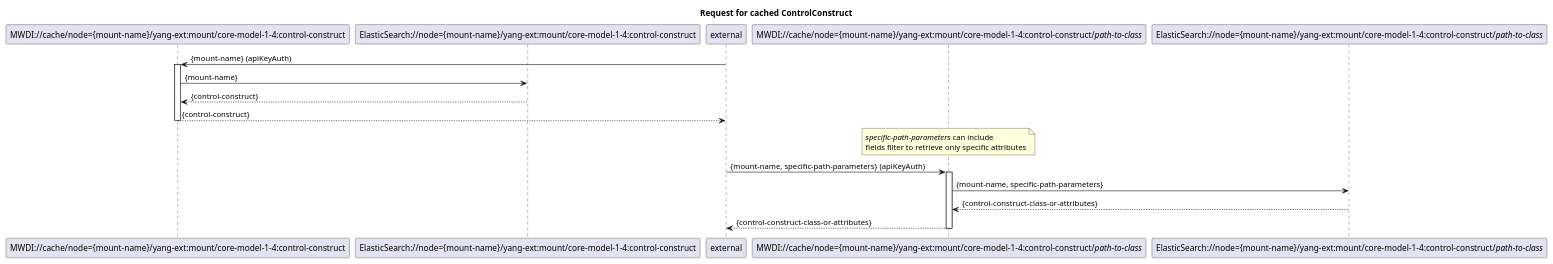
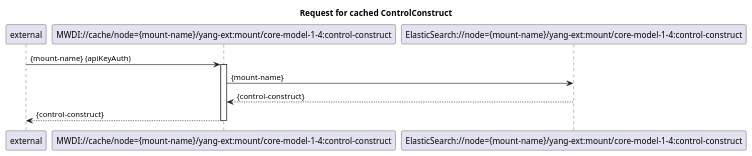
One commit to openBackhaul/MicroWaveDeviceInventory changed the diagram in spec/diagrams/200_CacheControlConstruct.plantuml. Above: the diagram before and after it, drawn with PlantUML.

Commit message:
[Code] Correct 200_diagram Fixes #294

```diff
--- a/spec/diagrams/200_CacheControlConstruct.plantuml
+++ b/spec/diagrams/200_CacheControlConstruct.plantuml
@@ -1,35 +1,19 @@
 @startuml 200_CacheControlConstruct
 
 title  Request for cached ControlConstruct
 
 participant "external" as requestor
 participant "MWDI://cache/node={mount-name}/yang-ext:mount/core-model-1-4:control-construct" as CacheControlConstruct
 participant "ElasticSearch://node={mount-name}/yang-ext:mount/core-model-1-4:control-construct" as EsControlConstruct
 
 requestor -> CacheControlConstruct: {mount-name} (apiKeyAuth)
 activate CacheControlConstruct
 
-
 CacheControlConstruct -> EsControlConstruct: {mount-name}
 EsControlConstruct --> CacheControlConstruct: {control-construct}
 
 CacheControlConstruct --> requestor: {control-construct}
 deactivate CacheControlConstruct
 
 
-participant "external" as requestor
-participant "MWDI://cache/node={mount-name}/yang-ext:mount/core-model-1-4:control-construct/<i>path-to-class</i>" as CacheControlConstructClass
-participant "ElasticSearch://node={mount-name}/yang-ext:mount/core-model-1-4:control-construct/<i>path-to-class</i>" as EsControlConstructClass
-
-note over CacheControlConstructClass: <i>specific-path-parameters</i> can include \nfields filter to retrieve only specific attributes
-requestor -> CacheControlConstructClass: {mount-name, specific-path-parameters} (apiKeyAuth)
-activate CacheControlConstructClass
-
-CacheControlConstructClass -> EsControlConstructClass: {mount-name, specific-path-parameters}
-EsControlConstructClass --> CacheControlConstructClass: {control-construct-class-or-attributes}
-
-CacheControlConstructClass --> requestor: {control-construct-class-or-attributes}
-deactivate CacheControlConstructClass
-
-
 @enduml
```
